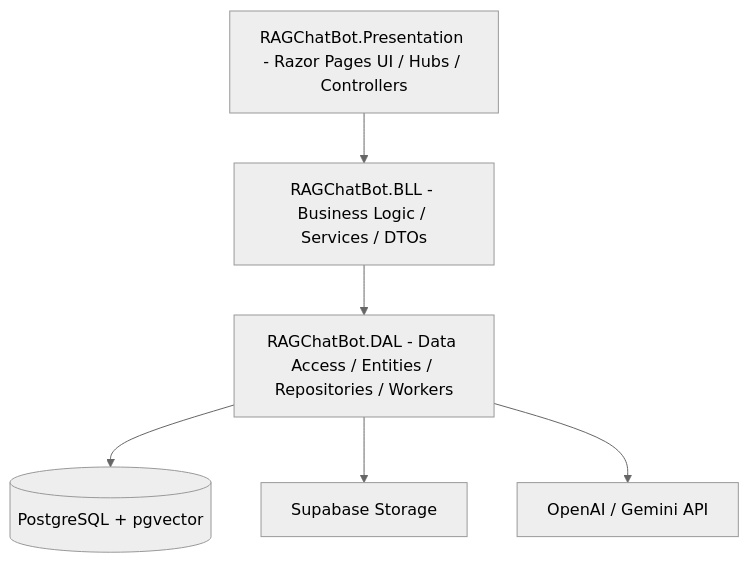
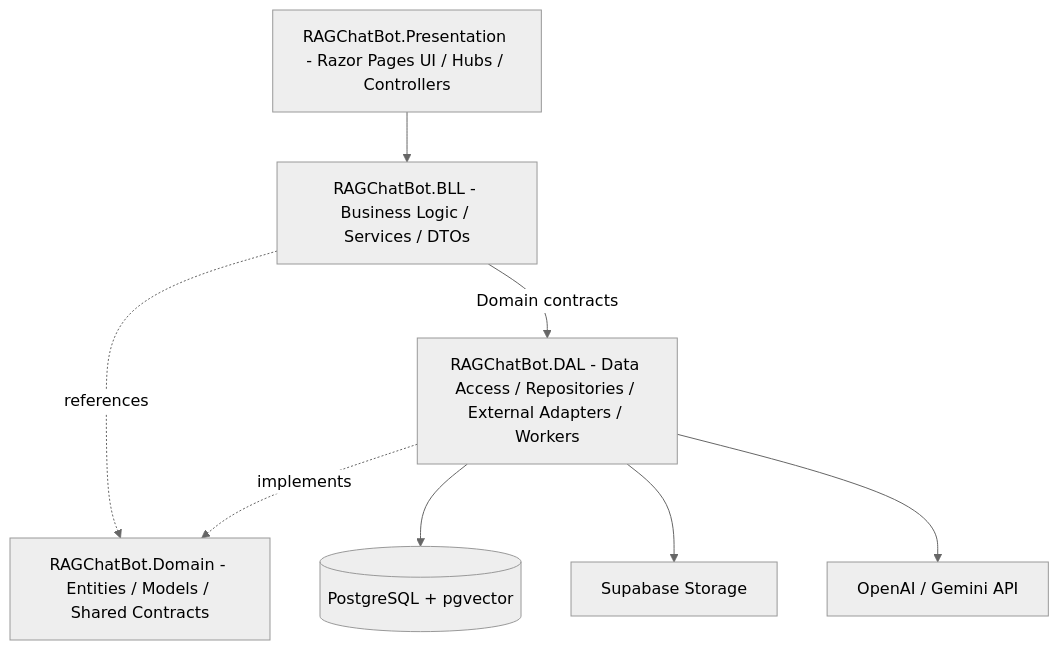
Before and after one commit to miFu278/PRN222_ASM: the diagram in project_architecture_overview.md, drawn with Mermaid (neutral theme). The commit also changed other lines of this file and 151 other files, not shown here.

Commit message:
refactor: adding domain layer to fit with 3 layers architecture, test, build and update to fit with requirement of final project (#14)

````diff
--- a/project_architecture_overview.md
+++ b/project_architecture_overview.md
@@ -28,15 +28,18 @@
 ```mermaid
 graph TD
     Presentation[RAGChatBot.Presentation - Razor Pages UI / Hubs / Controllers]
     BLL[RAGChatBot.BLL - Business Logic / Services / DTOs]
-    DAL[RAGChatBot.DAL - Data Access / Entities / Repositories / Workers]
+    Domain[RAGChatBot.Domain - Entities / Models / Shared Contracts]
+    DAL[RAGChatBot.DAL - Data Access / Repositories / External Adapters / Workers]
     DB[(PostgreSQL + pgvector)]
     Supabase[Supabase Storage]
     AI_API[OpenAI / Gemini API]
 
     Presentation --> BLL
-    BLL --> DAL
+    BLL -->|Domain contracts| DAL
+    BLL -. references .-> Domain
+    DAL -. implements .-> Domain
     DAL --> DB
     DAL --> Supabase
     DAL --> AI_API
 ```
````
